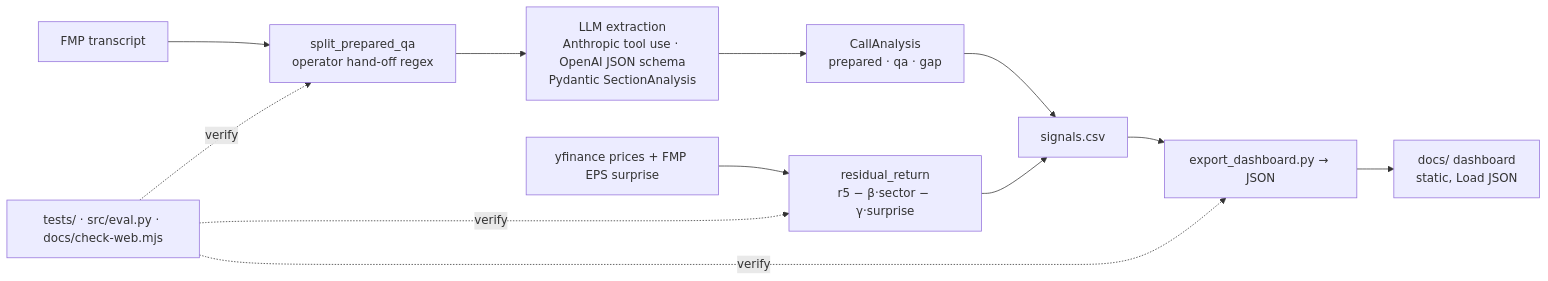
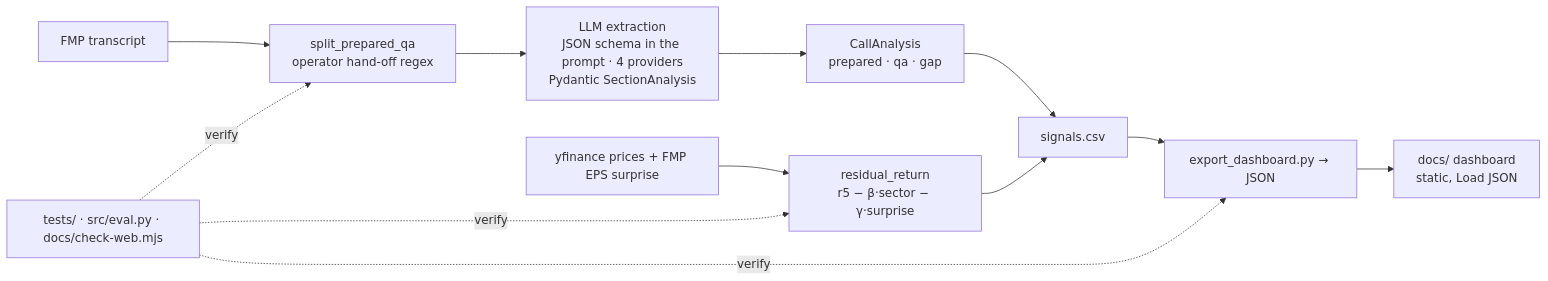
Before and after one commit to NickkkLian/Earnings-Call-Sentiment-Analyser: the diagram in README.md, drawn with Mermaid. The commit also changed other lines of this file and 4 other files, not shown here.

````diff
--- a/README.md
+++ b/README.md
@@ -41,14 +41,14 @@
 ```mermaid
 flowchart LR
   A["FMP transcript"] --> B["split_prepared_qa<br/>operator hand-off regex"]
-  B --> C["LLM extraction<br/>Anthropic tool use · OpenAI JSON schema<br/>Pydantic SectionAnalysis"]
+  B --> C["LLM extraction<br/>JSON schema in the prompt · 4 providers<br/>Pydantic SectionAnalysis"]
   C --> D["CallAnalysis<br/>prepared · qa · gap"]
   E["yfinance prices + FMP EPS surprise"] --> F["residual_return<br/>r5 − β·sector − γ·surprise"]
   D --> G["signals.csv"]
   F --> G
   G --> H["export_dashboard.py → JSON"]
   H --> I["docs/ dashboard<br/>static, Load JSON"]
   J["tests/ · src/eval.py · docs/check-web.mjs"] -. verify .-> B
   J -. verify .-> F
   J -. verify .-> H
 ```
````
